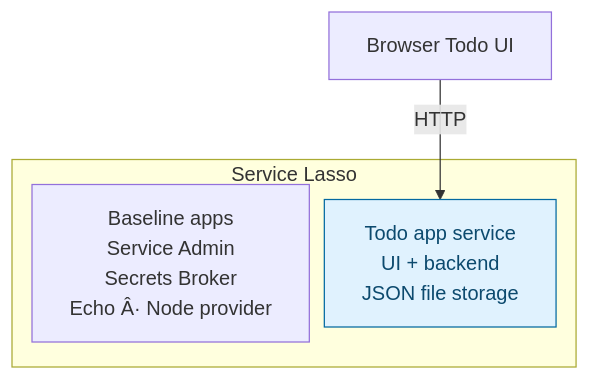
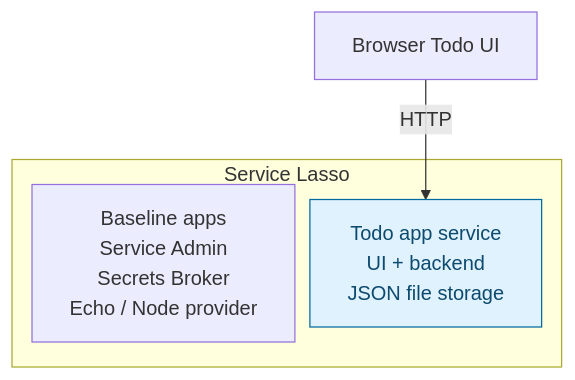
The diagram in docs/getting-started/beginner-todo-app.md (service-lasso/service-lasso), drawn with Mermaid before and after one commit. The commit also changed other lines of this file and 4 other files, not shown here.

````diff
--- a/docs/getting-started/beginner-todo-app.md
+++ b/docs/getting-started/beginner-todo-app.md
@@ -20,14 +20,14 @@
 ```mermaid
 %%{init: {"flowchart": {"nodeSpacing": 12, "rankSpacing": 40}}}%%
 flowchart TB
   accTitle: Stage 1: Add a managed Todo app
   accDescr: Service Lasso manages the Todo app from stage one alongside baseline apps. Stage two adds PostgreSQL. Stage three adds a Go API between the Todo service and database. JSON storage belongs to the Todo service and is not a separate service.
   browser["Browser Todo UI"]
   subgraph lasso["Service Lasso"]
-    baseline["Baseline apps<br/>Service Admin<br/>Secrets Broker<br/>Echo Â· Node provider"]
+    baseline["Baseline apps<br/>Service Admin<br/>Secrets Broker<br/>Echo / Node provider"]
     todo["Todo app service<br/>UI + backend<br/>JSON file storage"]
   end
   browser -->|HTTP| todo
   classDef added fill:#e0f2fe,stroke:#0369a1,color:#0c4a6e
   class todo added
 ```
````
